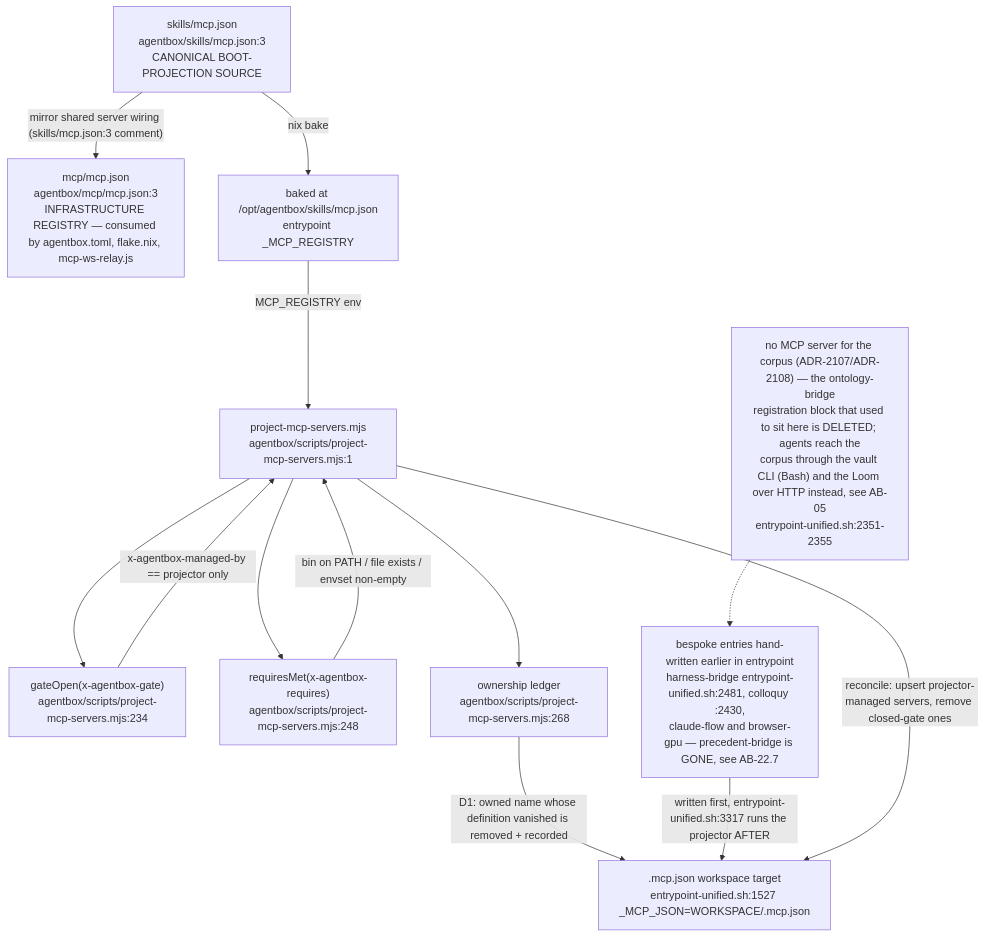
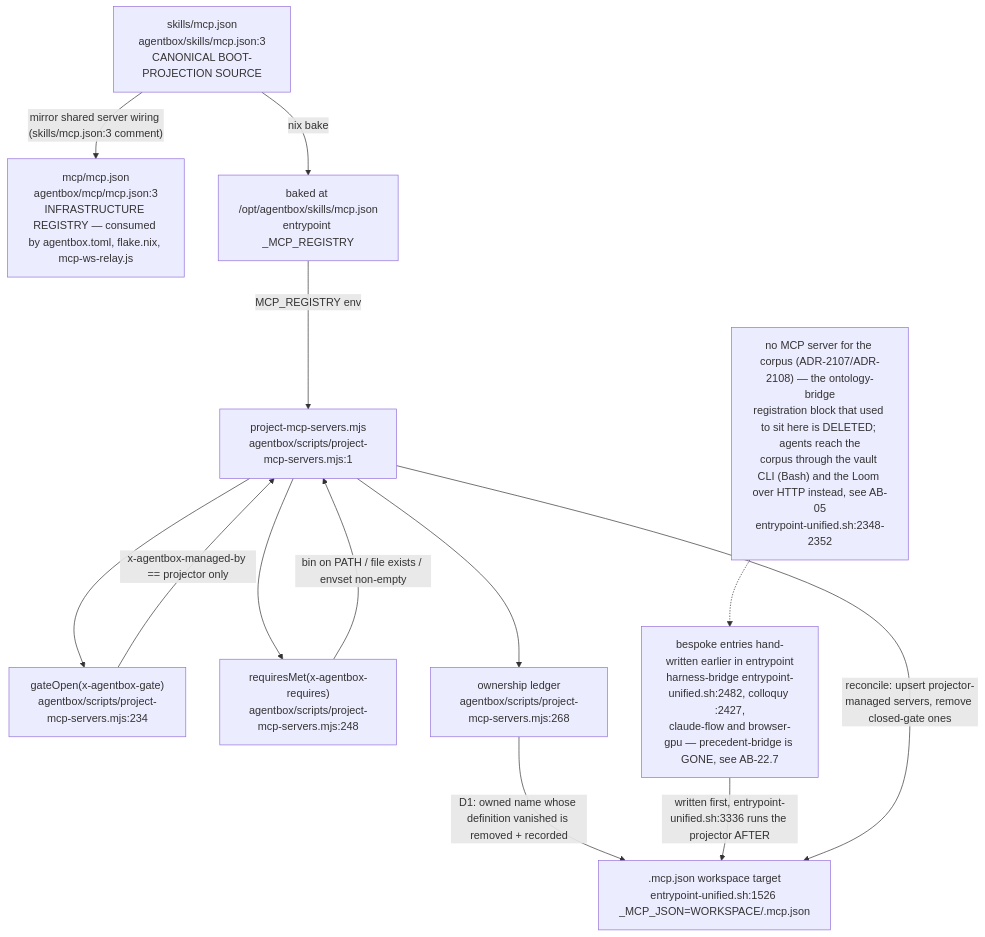
The ninth of 12 diagrams in docs/diagrams/agentbox/22-skills-and-routing.md (DreamLab-AI/VisionFlow), drawn with Mermaid before and after one commit. The commit also changed other lines of this file and 173 other files, not shown here.

````diff
--- a/docs/diagrams/agentbox/22-skills-and-routing.md
+++ b/docs/diagrams/agentbox/22-skills-and-routing.md
@@ -398,26 +401,26 @@
 ```mermaid
 flowchart TB
     REG["skills/mcp.json<br/>agentbox/skills/mcp.json:3<br/>CANONICAL BOOT-PROJECTION SOURCE"]
     MIRROR["mcp/mcp.json<br/>agentbox/mcp/mcp.json:3<br/>INFRASTRUCTURE REGISTRY — consumed by agentbox.toml, flake.nix, mcp-ws-relay.js"]
     BAKE["baked at /opt/agentbox/skills/mcp.json<br/>entrypoint _MCP_REGISTRY"]
     PROJ["project-mcp-servers.mjs<br/>agentbox/scripts/project-mcp-servers.mjs:1"]
     GATE["gateOpen(x-agentbox-gate)<br/>agentbox/scripts/project-mcp-servers.mjs:234"]
     REQ["requiresMet(x-agentbox-requires)<br/>agentbox/scripts/project-mcp-servers.mjs:248"]
     LEDGER["ownership ledger<br/>agentbox/scripts/project-mcp-servers.mjs:268"]
-    WS[".mcp.json workspace target<br/>entrypoint-unified.sh:1527 _MCP_JSON=WORKSPACE/.mcp.json"]
-    NOONT["no MCP server for the corpus (ADR-2107/ADR-2108) — the ontology-bridge<br/>registration block that used to sit here is DELETED; agents reach the<br/>corpus through the vault CLI (Bash) and the Loom over HTTP instead, see AB-05<br/>entrypoint-unified.sh:2351-2355"]
-    BESPOKE["bespoke entries hand-written earlier in entrypoint<br/>harness-bridge entrypoint-unified.sh:2481, colloquy :2430,<br/>claude-flow and browser-gpu — precedent-bridge is GONE, see AB-22.7"]
+    WS[".mcp.json workspace target<br/>entrypoint-unified.sh:1526 _MCP_JSON=WORKSPACE/.mcp.json"]
+    NOONT["no MCP server for the corpus (ADR-2107/ADR-2108) — the ontology-bridge<br/>registration block that used to sit here is DELETED; agents reach the<br/>corpus through the vault CLI (Bash) and the Loom over HTTP instead, see AB-05<br/>entrypoint-unified.sh:2348-2352"]
+    BESPOKE["bespoke entries hand-written earlier in entrypoint<br/>harness-bridge entrypoint-unified.sh:2482, colloquy :2427,<br/>claude-flow and browser-gpu — precedent-bridge is GONE, see AB-22.7"]
 
     REG -- "mirror shared server wiring (skills/mcp.json:3 comment)" --> MIRROR
     REG -- "nix bake" --> BAKE
     BAKE -- "MCP_REGISTRY env" --> PROJ
     PROJ --> GATE
     PROJ --> REQ
     GATE -- "x-agentbox-managed-by == projector only" --> PROJ
     REQ -- "bin on PATH / file exists / envset non-empty" --> PROJ
     PROJ --> LEDGER
     LEDGER -- "D1: owned name whose definition vanished is removed + recorded" --> WS
     NOONT -.-> BESPOKE
-    BESPOKE -- "written first, entrypoint-unified.sh:3317 runs the projector AFTER" --> WS
+    BESPOKE -- "written first, entrypoint-unified.sh:3336 runs the projector AFTER" --> WS
     PROJ -- "reconcile: upsert projector-managed servers, remove closed-gate ones" --> WS
 ```
````
